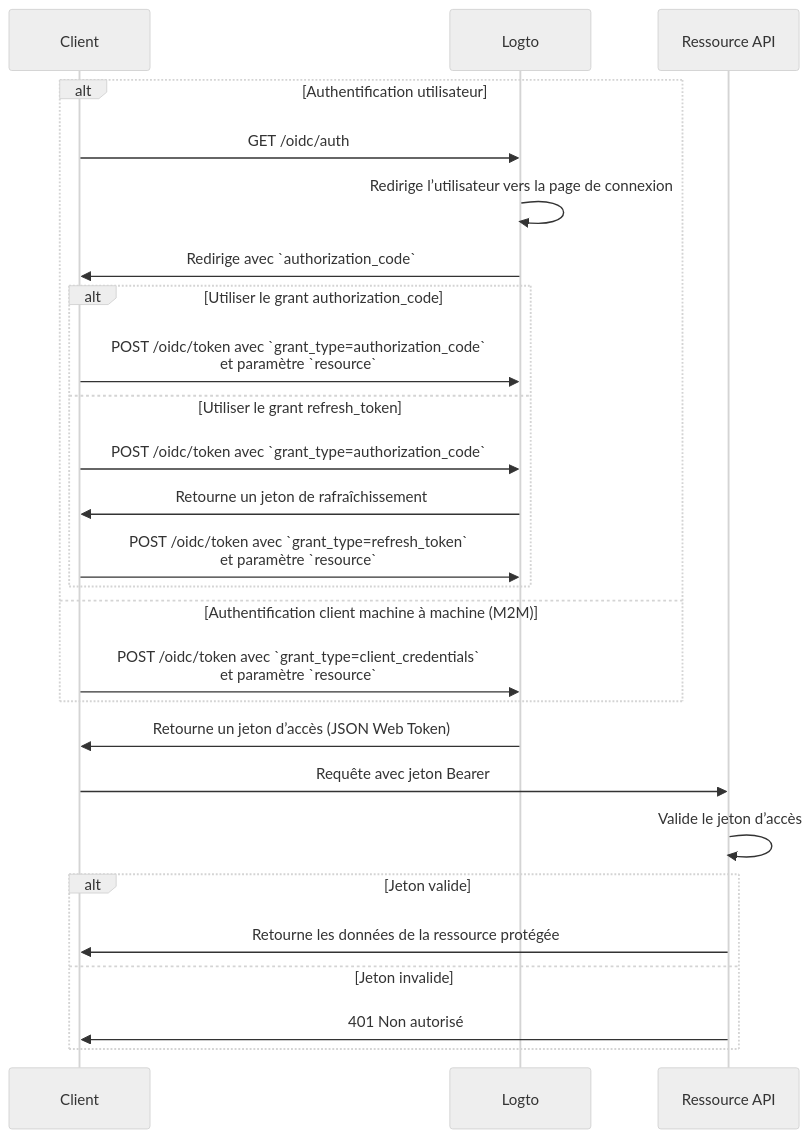
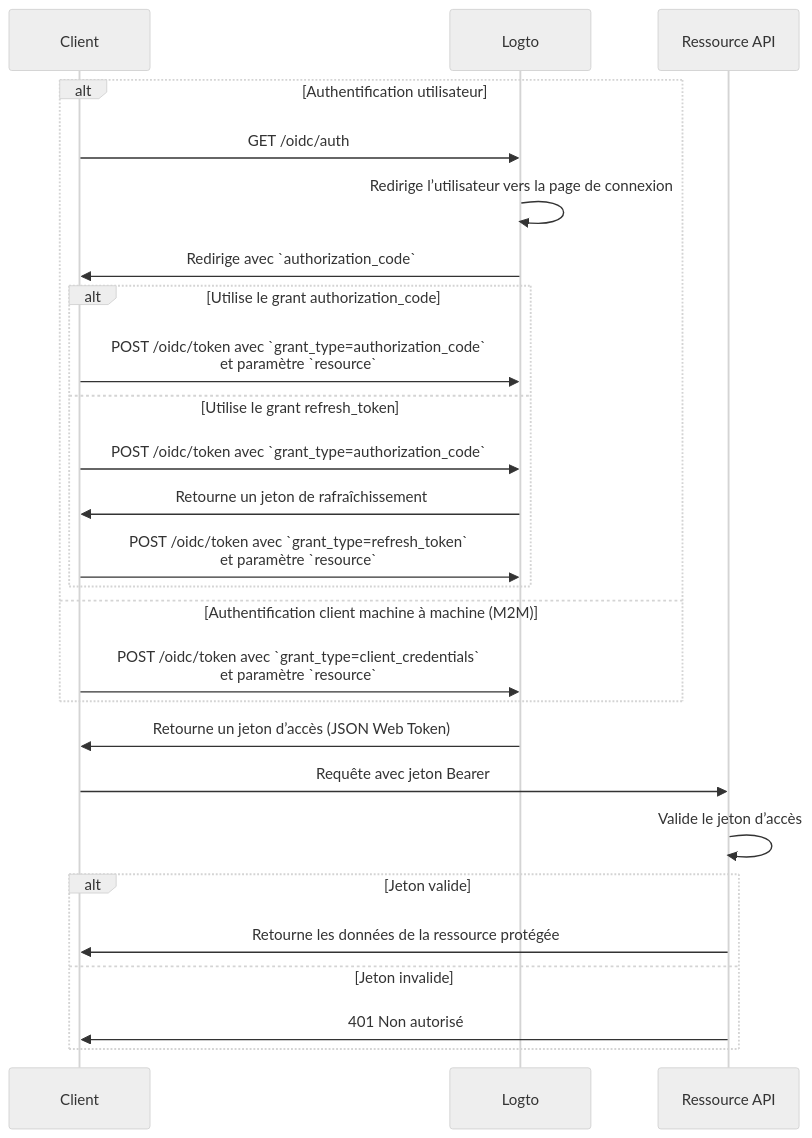
One commit to logto-io/docs changed the diagram in i18n/fr/docusaurus-plugin-content-docs/current/authorization/global-api-resources.mdx. Above: the diagram before and after it, drawn with Mermaid (neutral theme). The commit also changed other lines of this file and 200 other files, not shown here.

````diff
--- a/i18n/fr/docusaurus-plugin-content-docs/current/authorization/global-api-resources.mdx
+++ b/i18n/fr/docusaurus-plugin-content-docs/current/authorization/global-api-resources.mdx
@@ -67,31 +67,31 @@
 ```mermaid
 sequenceDiagram
     participant Client
     participant Logto
     participant API as Ressource API
 
     alt Authentification utilisateur
         Client->>Logto: GET /oidc/auth
         Logto->>Logto: Redirige l’utilisateur vers la page de connexion
         Logto->>Client: Redirige avec `authorization_code`
-        alt Utiliser le grant authorization_code
+        alt Utilise le grant authorization_code
             Client->>Logto: POST /oidc/token avec `grant_type=authorization_code`<br/>et paramètre `resource`
-        else Utiliser le grant refresh_token
+        else Utilise le grant refresh_token
             Client->>Logto: POST /oidc/token avec `grant_type=authorization_code`
             Logto->>Client: Retourne un jeton de rafraîchissement
             Client->>Logto: POST /oidc/token avec `grant_type=refresh_token`<br/>et paramètre `resource`
         end
     else Authentification client machine à machine (M2M)
         Client->>Logto: POST /oidc/token avec `grant_type=client_credentials`<br/>et paramètre `resource`
     end
 
     Logto->>Client: Retourne un jeton d’accès (JSON Web Token)
     Client->>API: Requête avec jeton Bearer
     API->>API: Valide le jeton d’accès
 
     alt Jeton valide
       API->>Client: Retourne les données de la ressource protégée
     else Jeton invalide
       API->>Client: 401 Non autorisé
     end
 ```
````
